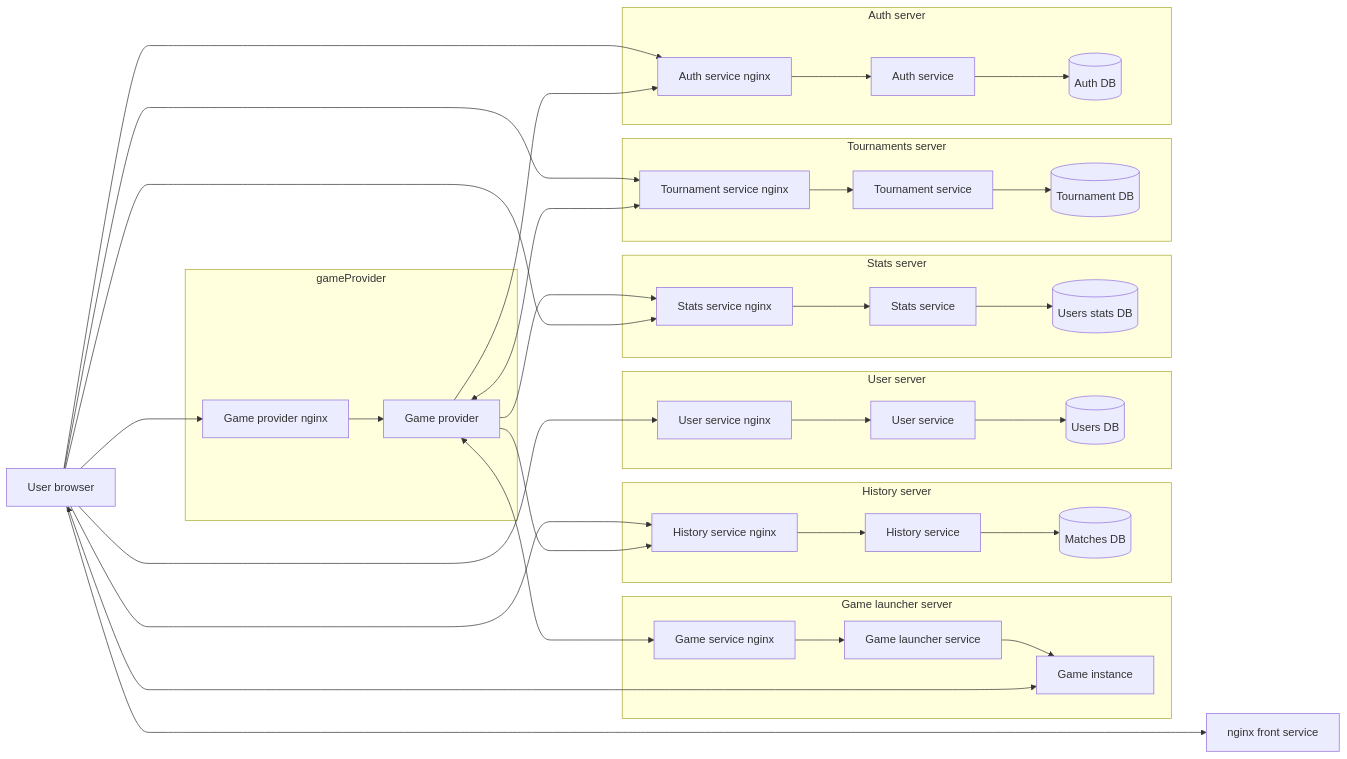
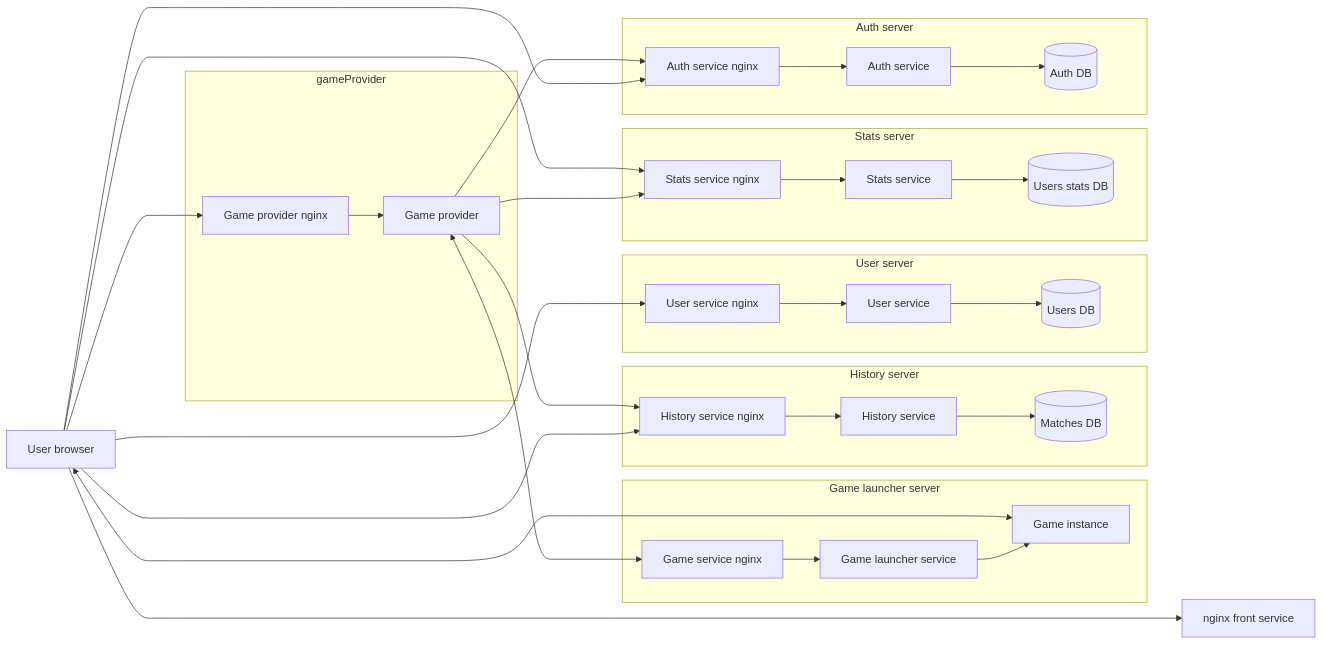
One commit to our-transcendence/.github changed the first of 2 diagrams in profile/README.md. Above: the diagram before and after it, drawn with Mermaid.

````diff
--- a/profile/README.md
+++ b/profile/README.md
@@ -5,51 +5,45 @@
 ```mermaid
 flowchart LR
 	nginxFront["nginx front service"]
 	browser["User browser"]
 	subgraph pongLauncher["Game launcher server"]
         gameInstance["Game instance"]
 	    gameLauncherService["Game launcher service"]
         gameLauncherNginx["Game service nginx"]
 	end
     subgraph history["History server"]
         historyNginx["History service nginx"] -->
 	    historyService["History service"] -->
 	    matchDB[(Matches DB)]
     end
     subgraph user["User server"]
         userNginx["User service nginx"] -->
         userService["User service"] -->
 	    userDB[(Users DB)]
     end
     subgraph stats["Stats server"]
 	    statsNginx["Stats service nginx"] -->
 	    statsService["Stats service"] -->
 	    statsDB[(Users stats DB)]
     end
-    subgraph tournament["Tournaments server"]
-	    tournamentNginx["Tournament service nginx"] -->
-	    tournamentService["Tournament service"] -->
-	    tournamentDB[(Tournament DB)]
-    end
     subgraph auth["Auth server"]
         authNginx["Auth service nginx"] -->
         authService["Auth service"] -->
         authDB[(Auth DB)]
     end
     subgraph gameProvider
 	    gameProviderService["Game provider"]
 	    gameProviderNginx["Game provider nginx"]
     end
     browser ----------> nginxFront
     browser ---> gameProviderNginx
     gameProviderService ----> historyNginx & authNginx
-    gameProviderService <----> tournamentNginx
-    browser ---> statsNginx & tournamentNginx & historyNginx & authNginx
+    browser ---> statsNginx  & historyNginx & authNginx
     browser -------> userNginx
     browser <--> gameInstance
     gameLauncherNginx --> gameLauncherService --> gameInstance
     gameProviderService <----> gameLauncherNginx
     gameProviderNginx --> gameProviderService
     gameProviderService ----> statsNginx
 	  
 ```
````
